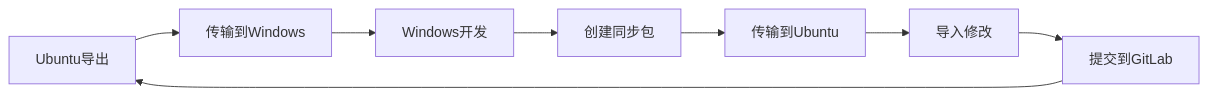
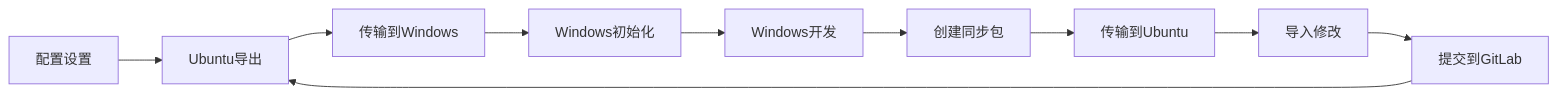
The diagram in README.md (PU-UP/git-offline-bundle-manager), drawn with Mermaid before and after one commit. The commit also changed other lines of this file and 15 other files, not shown here.

````diff
--- a/README.md
+++ b/README.md
@@ -121,10 +284,12 @@
 ```mermaid
 graph LR
-    A[Ubuntu导出] --> B[传输到Windows]
-    B --> C[Windows开发]
-    C --> D[创建同步包]
-    D --> E[传输到Ubuntu]
-    E --> F[导入修改]
-    F --> G[提交到GitLab]
-    G --> A
+    A[配置设置] --> B[Ubuntu导出]
+    B --> C[传输到Windows]
+    C --> D[Windows初始化]
+    D --> E[Windows开发]
+    E --> F[创建同步包]
+    F --> G[传输到Ubuntu]
+    G --> H[导入修改]
+    H --> I[提交到GitLab]
+    I --> B
 ```
````
